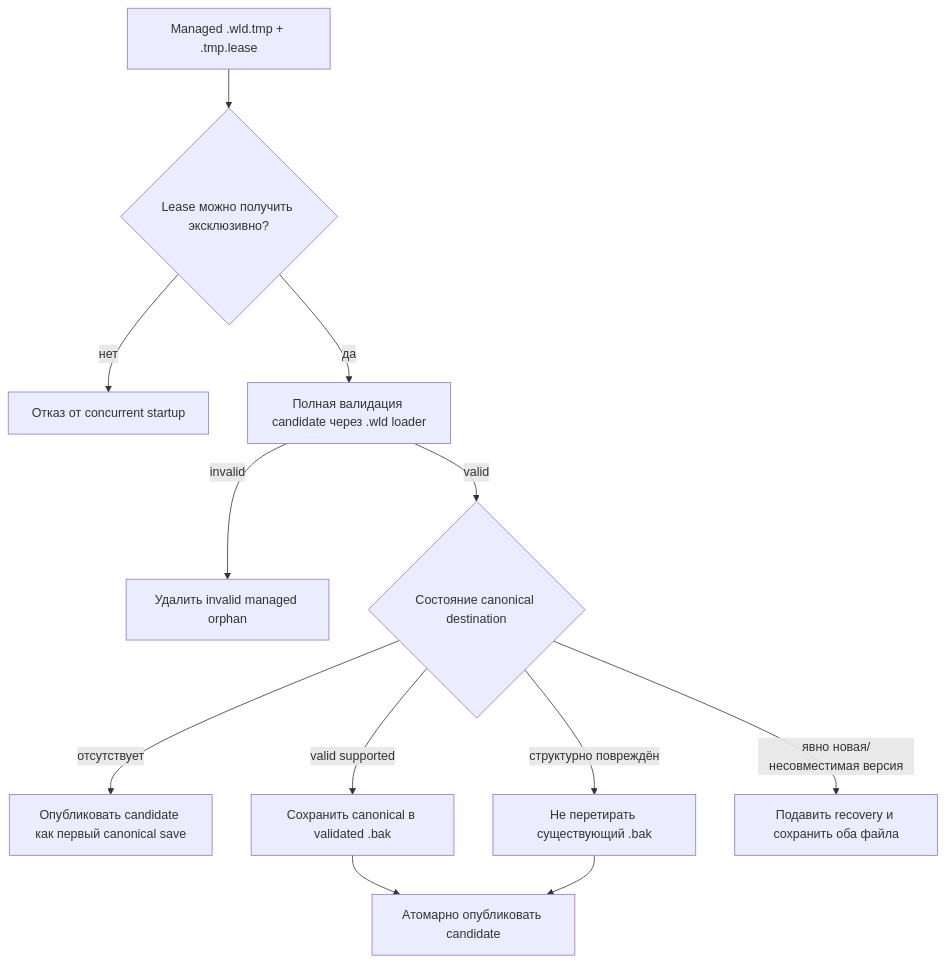
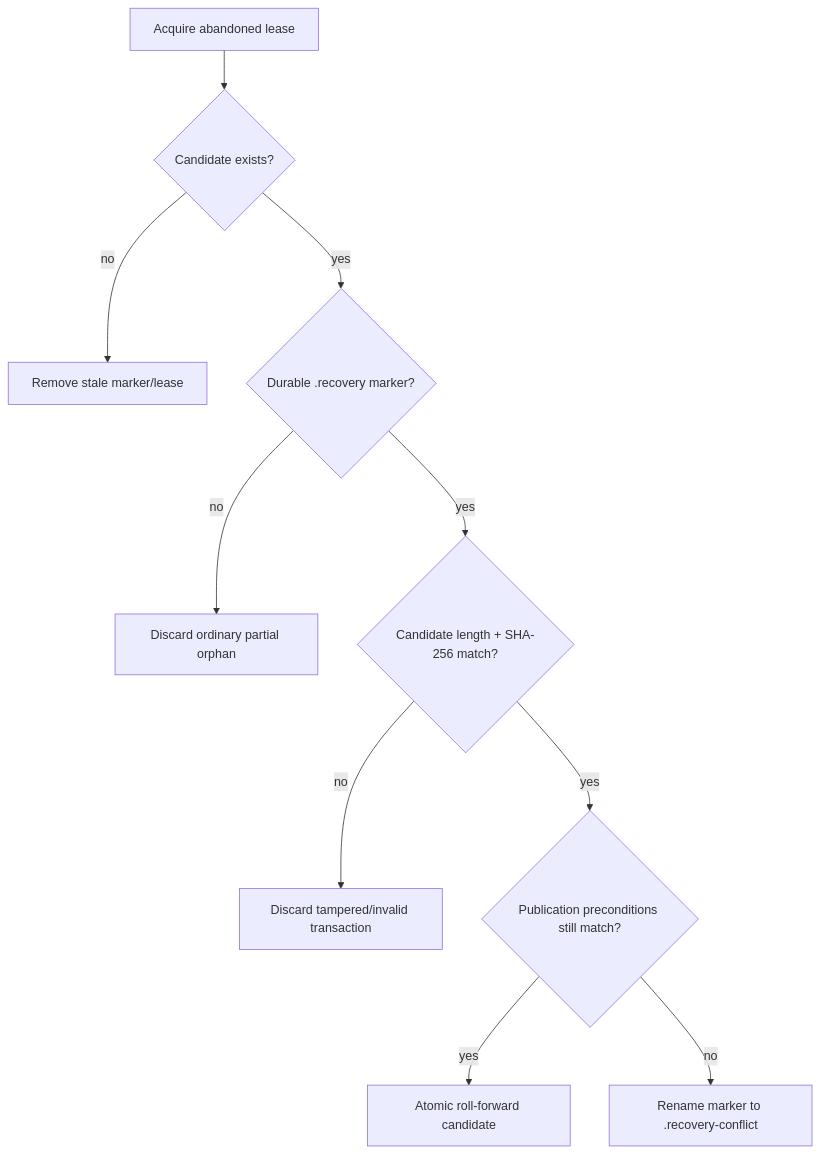
Before and after one commit to VegaKernel/TerraRuntime: the second of 2 diagrams in docs/ru/interrupted-save-recovery.md, drawn with Mermaid. The commit also changed other lines of this file and 6 other files, not shown here.

Commit message:
Recover durable interrupted save transactions

````diff
--- a/docs/ru/interrupted-save-recovery.md
+++ b/docs/ru/interrupted-save-recovery.md
@@ -15,14 +47,12 @@
 ```mermaid
 flowchart TD
-    A["Managed .wld.tmp + .tmp.lease"] --> B{"Lease можно получить эксклюзивно?"}
-    B -->|нет| C["Отказ от concurrent startup"]
-    B -->|да| D["Полная валидация candidate через .wld loader"]
-    D -->|invalid| E["Удалить invalid managed orphan"]
-    D -->|valid| F{"Состояние canonical destination"}
-    F -->|отсутствует| G["Опубликовать candidate как первый canonical save"]
-    F -->|valid supported| H["Сохранить canonical в validated .bak"]
-    H --> I["Атомарно опубликовать candidate"]
-    F -->|структурно повреждён| J["Не перетирать существующий .bak"]
-    J --> I
-    F -->|явно новая/несовместимая версия| K["Подавить recovery и сохранить оба файла"]
+    Lease["Acquire abandoned lease"] --> Temp{"Candidate exists?"}
+    Temp -->|no| RemoveLease["Remove stale marker/lease"]
+    Temp -->|yes| Marker{"Durable .recovery marker?"}
+    Marker -->|no| RemovePartial["Discard ordinary partial orphan"]
+    Marker -->|yes| Hash{"Candidate length + SHA-256 match?"}
+    Hash -->|no| RemoveTampered["Discard tampered/invalid transaction"]
+    Hash -->|yes| Preconditions{"Publication preconditions still match?"}
+    Preconditions -->|yes| RollForward["Atomic roll-forward candidate"]
+    Preconditions -->|no| Quarantine["Rename marker to .recovery-conflict"]
 ```
````
